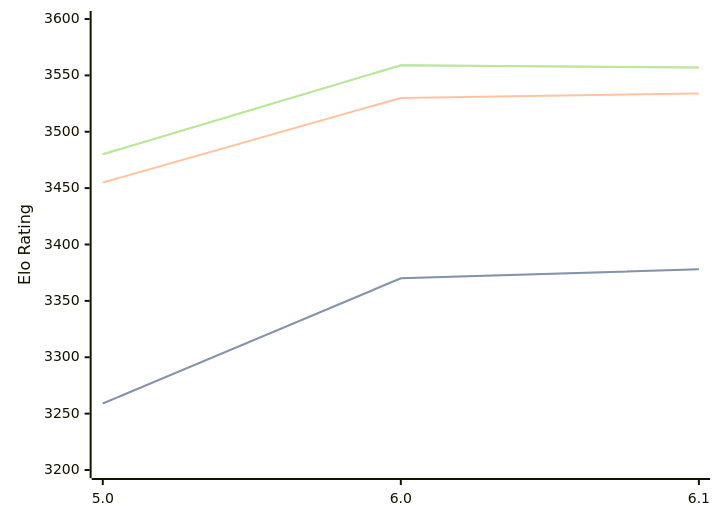
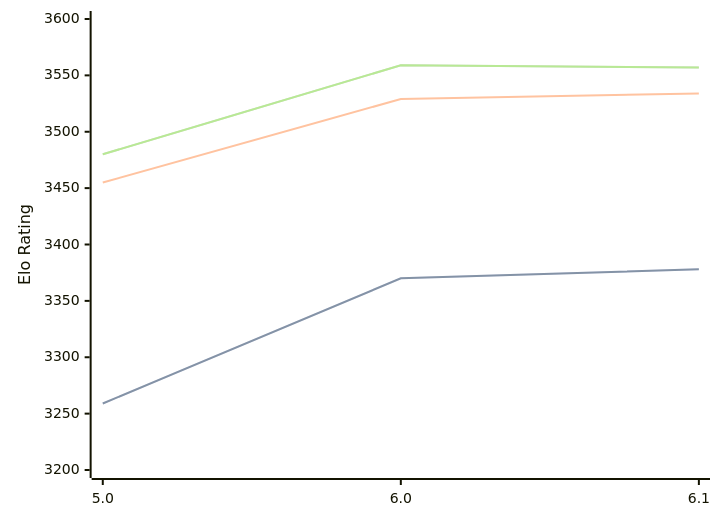
One commit to computer-chess-index/cci changed the diagram in engines/Starzix.md. Above: the diagram before and after it, drawn with Mermaid. The commit also changed other lines of this file, not shown here.

````diff
--- a/engines/Starzix.md
+++ b/engines/Starzix.md
@@ -37,11 +37,11 @@
 ```mermaid
 %%{init: {"theme":"base","themeVariables":{"seriesColors:['#a3a3a3','#222221','#faa371']}}}%%
 xychart-beta
   x-axis ["5.0", "6.0", "6.1"]
   y-axis "Elo Rating" 3200 --> 3600
   line "STC (8.0+0.08s)" [3259, 3370, 3378]
   line "STC (8.0+0.08s)" [3259, 3370, 3378]
-  line "LTC (60.0+0.60s)" [3455, 3530, 3534]
+  line "LTC (60.0+0.60s)" [3455, 3529, 3534]
   line "VLTC (2m24s+1.12s)" [3480, 3559, 3557]
   line "VLTC (2m24s+1.12s)" [3480, 3559, 3557]
 ```
````
